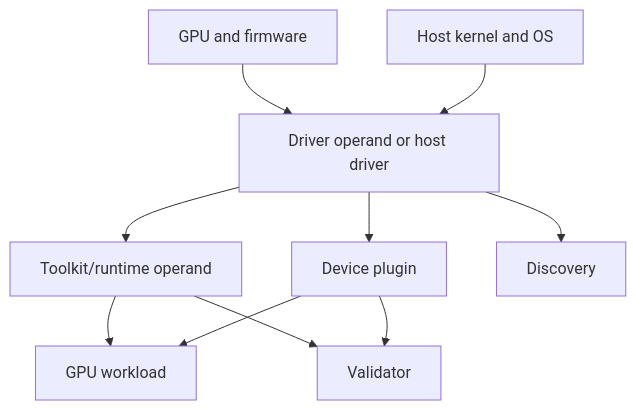
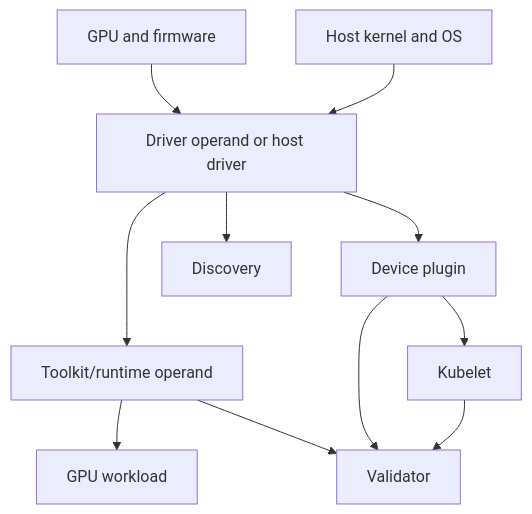
One commit to jithinpnjm/nvidia-devops changed the diagram in docs/nvidia-zero-to-hero/volume-10/chapter-07-driver-containers-and-node-operands.md. Above: the diagram before and after it, drawn with Mermaid. The commit also changed 1 other file, not shown here.

Commit message:
docs: align Volume 10 lifecycle diagrams

````diff
--- a/docs/nvidia-zero-to-hero/volume-10/chapter-07-driver-containers-and-node-operands.md
+++ b/docs/nvidia-zero-to-hero/volume-10/chapter-07-driver-containers-and-node-operands.md
@@ -25,18 +25,20 @@
 ```mermaid
 flowchart TD
     Kernel[Host kernel and OS]
     GPU[GPU and firmware]
     Driver[Driver operand or host driver]
     Runtime[Toolkit/runtime operand]
     Plugin[Device plugin]
+    Kubelet[Kubelet]
     Discovery[Discovery]
     Validation[Validator]
     Workload[GPU workload]
     GPU --> Driver
     Kernel --> Driver
     Driver --> Runtime --> Workload
-    Driver --> Plugin --> Workload
+    Driver --> Plugin --> Kubelet
     Driver --> Discovery
     Runtime --> Validation
     Plugin --> Validation
+    Kubelet --> Validation
 ```
````
